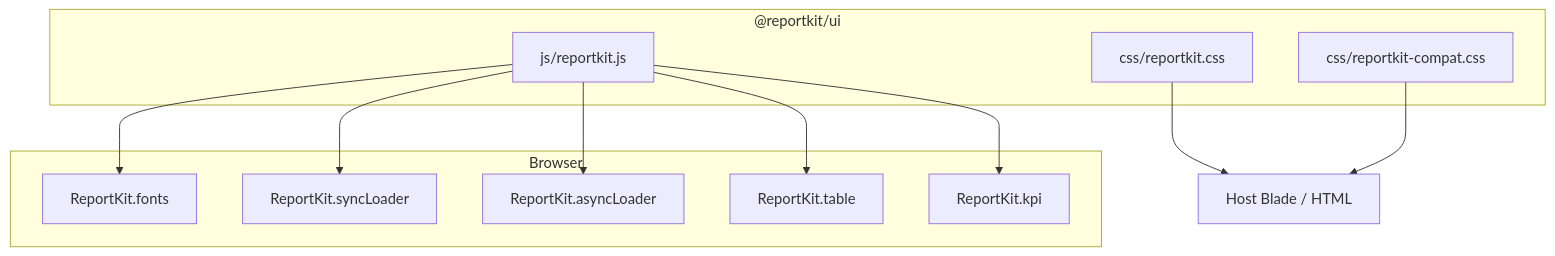
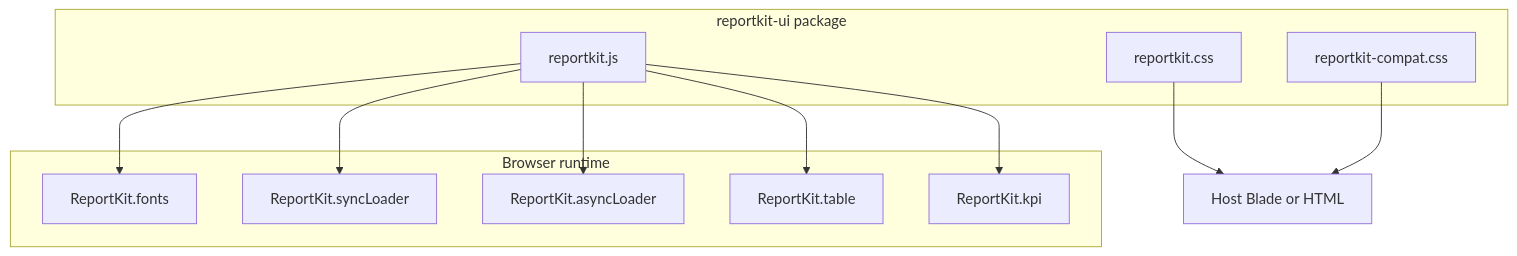
The diagram in .github/README.md (Maijied/Reportkit-UI), drawn with Mermaid before and after one commit. The commit also changed other lines of this file and 2 other files, not shown here.

Commit message:
fix: GitHub-renderable Mermaid diagrams, visitor/version badges, sync root README

````diff
--- a/.github/README.md
+++ b/.github/README.md
@@ -34,23 +39,23 @@
 ```mermaid
-graph TB
-  subgraph ui ["@reportkit/ui"]
-    CSS["css/reportkit.css"]
-    Compat["css/reportkit-compat.css"]
-    JS["js/reportkit.js"]
+flowchart TB
+  subgraph ui_pkg [reportkit-ui package]
+    CSS[reportkit.css]
+    Compat[reportkit-compat.css]
+    JS[reportkit.js]
   end
-  subgraph runtime ["Browser"]
-    Fonts["ReportKit.fonts"]
-    Sync["ReportKit.syncLoader"]
-    Async["ReportKit.asyncLoader"]
-    Table["ReportKit.table"]
-    Kpi["ReportKit.kpi"]
+  subgraph runtime [Browser runtime]
+    Fonts[ReportKit.fonts]
+    Sync[ReportKit.syncLoader]
+    Async[ReportKit.asyncLoader]
+    Table[ReportKit.table]
+    Kpi[ReportKit.kpi]
   end
-  Host["Host Blade / HTML"]
+  Host[Host Blade or HTML]
   CSS --> Host
   Compat --> Host
   JS --> Fonts
   JS --> Sync
   JS --> Async
   JS --> Table
   JS --> Kpi
 ```
````
